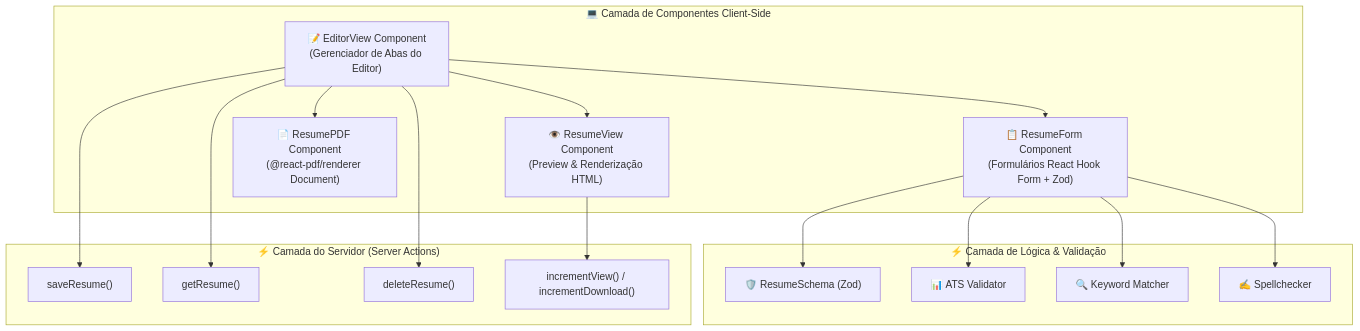
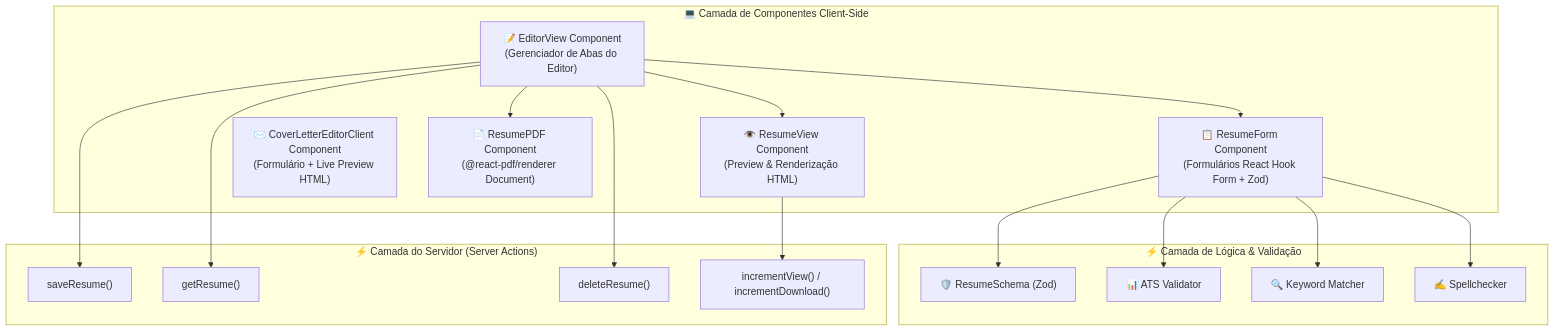
One commit to gui-bus/Lume changed the second of 2 diagrams in docs/architecture.md. Above: the diagram before and after it, drawn with Mermaid. The commit also changed other lines of this file and 6 other files, not shown here.

Commit message:
docs: update readme and project architecture documentation

````diff
--- a/docs/architecture.md
+++ b/docs/architecture.md
@@ -85,35 +85,36 @@
 ```mermaid
 graph TD
     subgraph ClientComponentLayer["💻 Camada de Componentes Client-Side"]
         EditorView["📝 EditorView Component<br/>(Gerenciador de Abas do Editor)"]
         ResumeForm["📋 ResumeForm Component<br/>(Formulários React Hook Form + Zod)"]
         ResumeView["👁️ ResumeView Component<br/>(Preview & Renderização HTML)"]
+        CoverLetterEditor["✉️ CoverLetterEditorClient Component<br/>(Formulário + Live Preview HTML)"]
         ResumePDF["📄 ResumePDF Component<br/>(@react-pdf/renderer Document)"]
     end
 
     subgraph LogicLayer["⚡ Camada de Lógica & Validação"]
         ResumeSchema["🛡️ ResumeSchema (Zod)"]
         ATSVal["📊 ATS Validator"]
         KeywordMatch["🔍 Keyword Matcher"]
         Spellcheck["✍️ Spellchecker"]
     end
 
     subgraph ServerLayer["⚡ Camada do Servidor (Server Actions)"]
         SaveAction["saveResume()"]
         GetAction["getResume()"]
         DeleteAction["deleteResume()"]
         MetricsAction["incrementView() / incrementDownload()"]
     end
 
     EditorView --> ResumeForm
     EditorView --> ResumeView
     EditorView --> ResumePDF
     ResumeForm --> ResumeSchema
     ResumeForm --> ATSVal
     ResumeForm --> KeywordMatch
     ResumeForm --> Spellcheck
     EditorView --> SaveAction
     EditorView --> GetAction
     EditorView --> DeleteAction
     ResumeView --> MetricsAction
 ```
````
